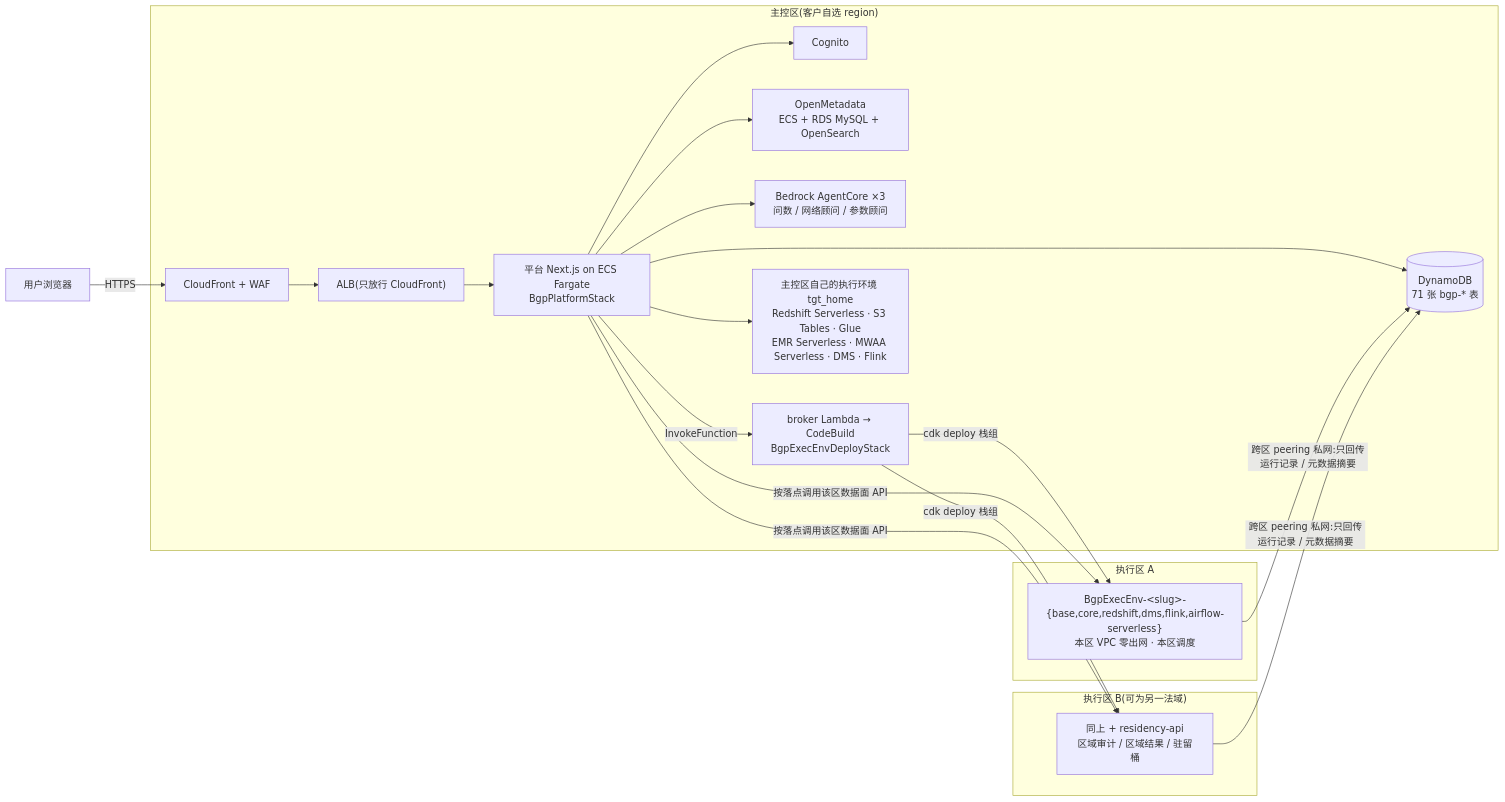
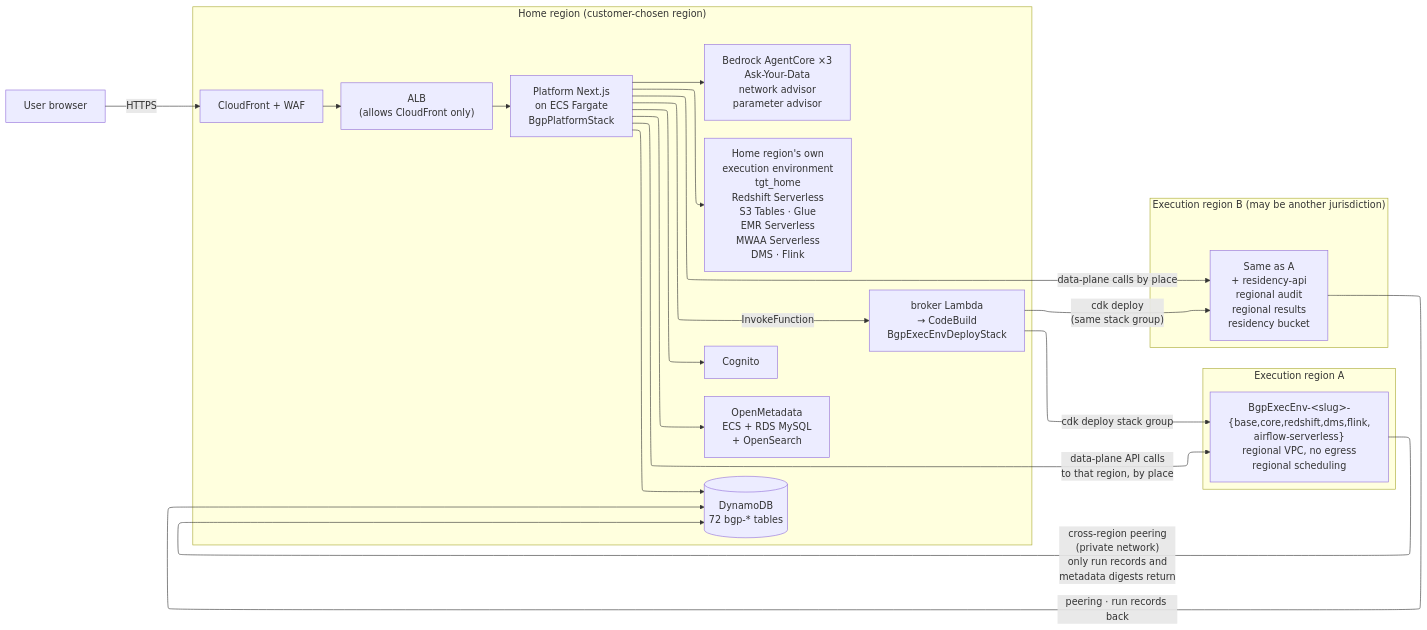
Before and after one commit to aws-samples/sample-kingfisher: the diagram in docs/diagrams/src/mr-overview.mmd, drawn with Mermaid. The commit also changed 95 other files, not shown here.

```diff
--- a/docs/diagrams/src/mr-overview.mmd
+++ b/docs/diagrams/src/mr-overview.mmd
@@ -1,21 +1,25 @@
+%%{init: {"layout": "elk"}}%%
 flowchart LR
-  U["用户浏览器"] -->|HTTPS| CF["CloudFront + WAF"]
-  subgraph HOME["主控区(客户自选 region)"]
-    CF --> ALB["ALB(只放行 CloudFront)"] --> ECS["平台 Next.js on ECS Fargate<br/>BgpPlatformStack"]
+  U["User browser"] -->|HTTPS| CF["CloudFront + WAF"]
+  subgraph HOME["Home region (customer-chosen region)"]
+    CF --> ALB["ALB<br/>(allows CloudFront only)"] --> ECS["Platform Next.js<br/>on ECS Fargate<br/>BgpPlatformStack"]
     ECS --> COG["Cognito"]
-    ECS --> DDB[("DynamoDB<br/>71 张 bgp-* 表")]
-    ECS --> OM["OpenMetadata<br/>ECS + RDS MySQL + OpenSearch"]
-    ECS --> AC["Bedrock AgentCore ×3<br/>问数 / 网络顾问 / 参数顾问"]
-    ECS -->|InvokeFunction| BK["broker Lambda → CodeBuild<br/>BgpExecEnvDeployStack"]
-    HX["主控区自己的执行环境 tgt_home<br/>Redshift Serverless · S3 Tables · Glue<br/>EMR Serverless · MWAA Serverless · DMS · Flink"]
+    ECS --> DDB[("DynamoDB<br/>72 bgp-* tables")]
+    ECS --> OM["OpenMetadata<br/>ECS + RDS MySQL<br/>+ OpenSearch"]
+    ECS --> AC["Bedrock AgentCore ×3<br/>Ask-Your-Data<br/>network advisor<br/>parameter advisor"]
+    ECS -->|InvokeFunction| BK["broker Lambda<br/>→ CodeBuild<br/>BgpExecEnvDeployStack"]
+    HX["Home region's own<br/>execution environment<br/>tgt_home<br/>Redshift Serverless<br/>S3 Tables · Glue<br/>EMR Serverless<br/>MWAA Serverless<br/>DMS · Flink"]
     ECS --> HX
   end
-  subgraph RA["执行区 A"]
-    EA["BgpExecEnv-&lt;slug&gt;-{base,core,redshift,dms,flink,airflow-serverless}<br/>本区 VPC 零出网 · 本区调度"]
+  subgraph RA["Execution region A"]
+    EA["BgpExecEnv-&lt;slug&gt;-<br/>{base,core,redshift,dms,flink,<br/>airflow-serverless}<br/>regional VPC, no egress<br/>regional scheduling"]
   end
-  subgraph RB["执行区 B(可为另一法域)"]
-    EB["同上 + residency-api<br/>区域审计 / 区域结果 / 驻留桶"]
+  subgraph RB["Execution region B (may be another jurisdiction)"]
+    EB["Same as A<br/>+ residency-api<br/>regional audit<br/>regional results<br/>residency bucket"]
   end
-  BK -->|"cdk deploy 栈组"| EA & EB
-  ECS -->|"按落点调用该区数据面 API"| EA & EB
-  EA & EB -->|"跨区 peering 私网:只回传运行记录 / 元数据摘要"| DDB
+  BK -->|"cdk deploy stack group"| EA
+  BK -->|"cdk deploy<br/>(same stack group)"| EB
+  ECS -->|"data-plane API calls<br/>to that region, by place"| EA
+  ECS -->|"data-plane calls by place"| EB
+  EA -->|"cross-region peering<br/>(private network)<br/>only run records and<br/>metadata digests return"| DDB
+  EB -->|"peering · run records back"| DDB
```
